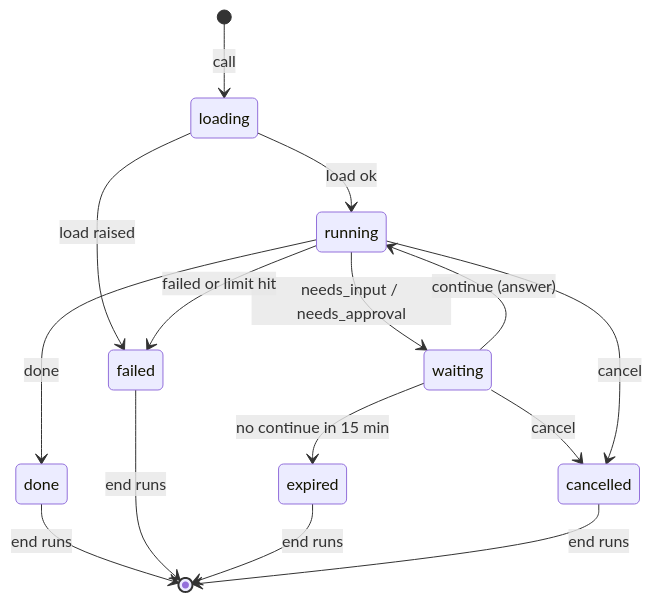
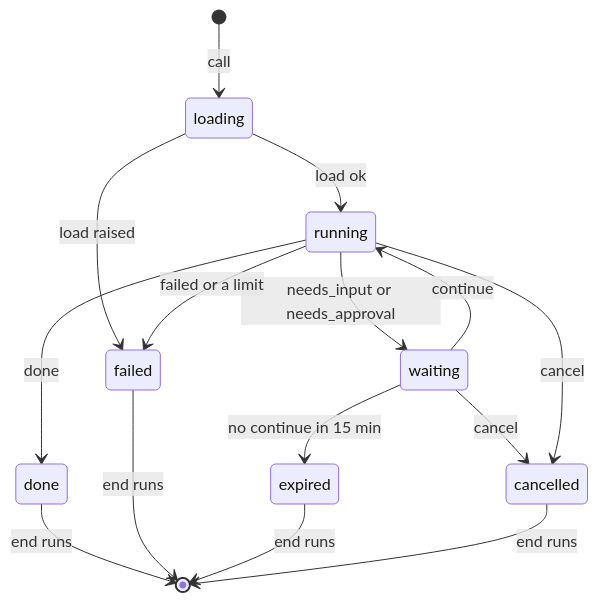
The fifth of 5 diagrams in docs/architecture.md (glyphh-ai/rrotor), drawn with Mermaid before and after one commit. The commit also changed other lines of this file and 17 other files, not shown here.

Commit message:
docs/architecture.md as rrotor works today: hosted and self-hosted runtimes reached as a connector, the Ada skill in the glyphh plugin, no mods; Not built yet in one place; diagrams redrawn

````diff
--- a/docs/architecture.md
+++ b/docs/architecture.md
@@ -613,17 +334,17 @@
 ```mermaid
 stateDiagram-v2
     [*] --> loading: call
     loading --> running: load ok
     loading --> failed: load raised
-    running --> waiting: needs_input / needs_approval
-    waiting --> running: continue (answer)
+    running --> waiting: needs_input or needs_approval
+    waiting --> running: continue
     waiting --> expired: no continue in 15 min
     waiting --> cancelled: cancel
     running --> cancelled: cancel
     running --> done: done
-    running --> failed: failed or limit hit
+    running --> failed: failed or a limit
     done --> [*]: end runs
     failed --> [*]: end runs
     expired --> [*]: end runs
     cancelled --> [*]: end runs
 ```
````
